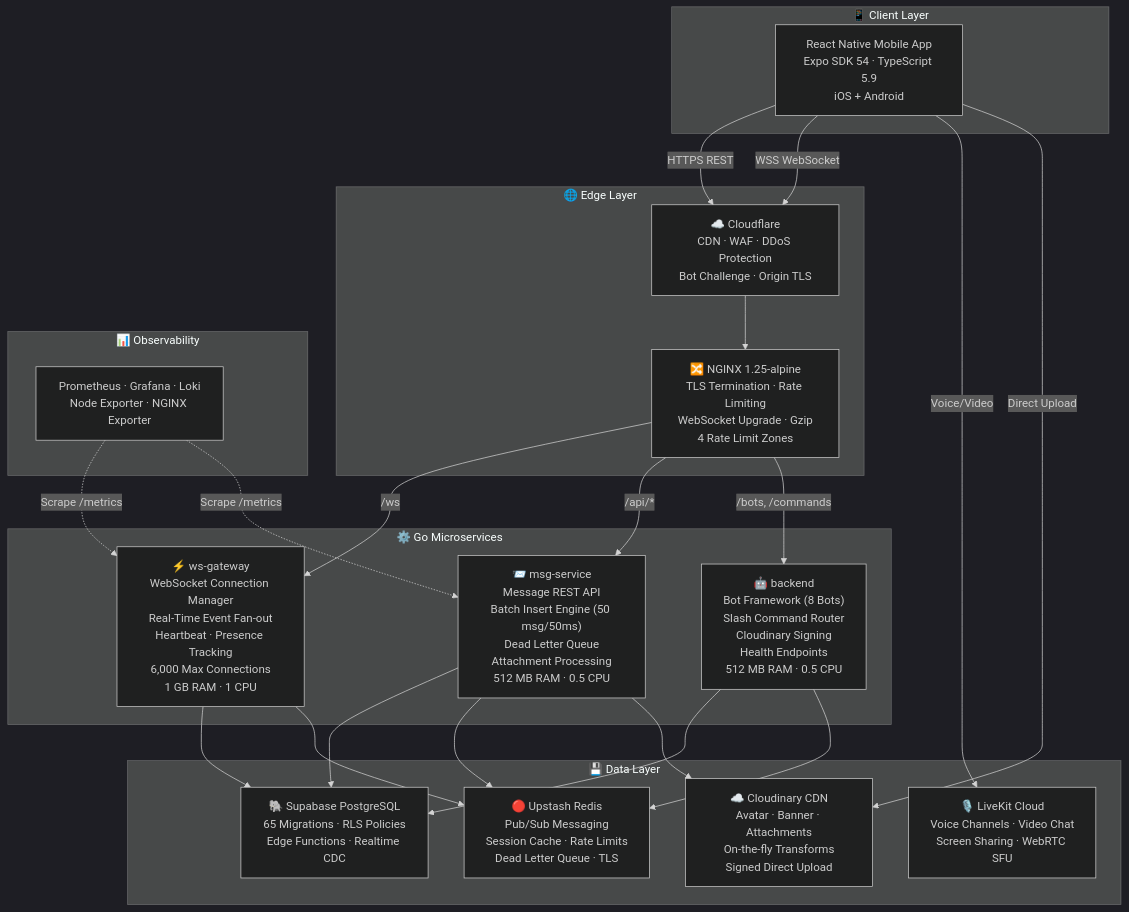
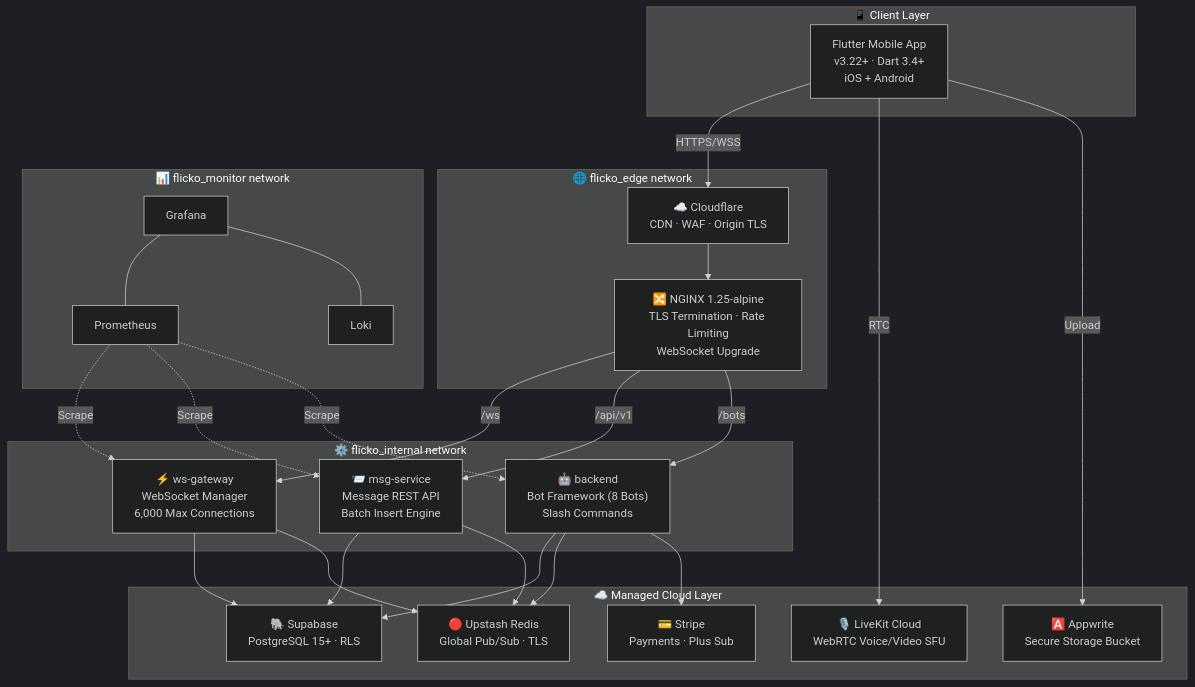
The diagram in README.md (Santosh-Prasad-Verma/Flicko), drawn with Mermaid (dark theme) before and after one commit. The commit also changed other lines of this file and 3075 other files, not shown here.

First line of the commit message:
feat: add mail-gateway service with SMTP support and welcome emails

````diff
--- a/README.md
+++ b/README.md
@@ -85,41 +87,43 @@
 ```mermaid
 graph TB
     subgraph Client["📱 Client Layer"]
-        APP["React Native Mobile App<br/>Expo SDK 54 · TypeScript 5.9<br/>iOS + Android"]
+        APP["Flutter Mobile App<br/>v3.22+ · Dart 3.4+<br/>iOS + Android"]
     end
 
-    subgraph Edge["🌐 Edge Layer"]
-        CF["☁️ Cloudflare<br/>CDN · WAF · DDoS Protection<br/>Bot Challenge · Origin TLS"]
-        NGX["🔀 NGINX 1.25-alpine<br/>TLS Termination · Rate Limiting<br/>WebSocket Upgrade · Gzip<br/>4 Rate Limit Zones"]
+    subgraph Edge["🌐 flicko_edge network"]
+        CF["☁️ Cloudflare<br/>CDN · WAF · Origin TLS"]
+        NGX["🔀 NGINX 1.25-alpine<br/>TLS Termination · Rate Limiting<br/>WebSocket Upgrade"]
     end
 
-    subgraph Services["⚙️ Go Microservices"]
-        WS["⚡ ws-gateway<br/>WebSocket Connection Manager<br/>Real-Time Event Fan-out<br/>Heartbeat · Presence Tracking<br/>6,000 Max Connections<br/>1 GB RAM · 1 CPU"]
-        MSG["📨 msg-service<br/>Message REST API<br/>Batch Insert Engine (50 msg/50ms)<br/>Dead Letter Queue<br/>Attachment Processing<br/>512 MB RAM · 0.5 CPU"]
-        BE["🤖 backend<br/>Bot Framework (8 Bots)<br/>Slash Command Router<br/>Cloudinary Signing<br/>Health Endpoints<br/>512 MB RAM · 0.5 CPU"]
+    subgraph Internal["⚙️ flicko_internal network"]
+        WS["⚡ ws-gateway<br/>WebSocket Manager<br/>6,000 Max Connections"]
+        MSG["📨 msg-service<br/>Message REST API<br/>Batch Insert Engine"]
+        BE["🤖 backend<br/>Bot Framework (8 Bots)<br/>Slash Commands"]
     end
 
-    subgraph Data["💾 Data Layer"]
-        DB["🐘 Supabase PostgreSQL<br/>65 Migrations · RLS Policies<br/>Edge Functions · Realtime CDC"]
-        REDIS["🔴 Upstash Redis<br/>Pub/Sub Messaging<br/>Session Cache · Rate Limits<br/>Dead Letter Queue · TLS"]
-        CLOUD["☁️ Cloudinary CDN<br/>Avatar · Banner · Attachments<br/>On-the-fly Transforms<br/>Signed Direct Upload"]
-        LK["🎙️ LiveKit Cloud<br/>Voice Channels · Video Chat<br/>Screen Sharing · WebRTC SFU"]
+    subgraph CloudServices["☁️ Managed Cloud Layer"]
+        DB["🐘 Supabase<br/>PostgreSQL 15+ · RLS"]
+        REDIS["🔴 Upstash Redis<br/>Global Pub/Sub · TLS"]
+        AW["🅰️ Appwrite<br/>Secure Storage Bucket"]
+        LK["🎙️ LiveKit Cloud<br/>WebRTC Voice/Video SFU"]
+        STRIPE["💳 Stripe<br/>Payments · Plus Sub"]
     end
 
-    subgraph Monitor["📊 Observability"]
-        PROM["Prometheus · Grafana · Loki<br/>Node Exporter · NGINX Exporter"]
+    subgraph Monitor["📊 flicko_monitor network"]
+        PROM["Prometheus"]
+        GRAF["Grafana"]
+        LOKI["Loki"]
     end
 
-    APP -->|HTTPS REST| CF
-    APP -->|WSS WebSocket| CF
-    APP -->|Voice/Video| LK
-    APP -->|Direct Upload| CLOUD
+    APP -->|HTTPS/WSS| CF
+    APP -->|RTC| LK
+    APP -->|Upload| AW
     CF --> NGX
     NGX -->|/ws| WS
-    NGX -->|/api/*| MSG
-    NGX -->|/bots, /commands| BE
-    WS --> DB & REDIS
-    MSG --> DB & REDIS & CLOUD
-    BE --> DB & REDIS
-    PROM -.->|Scrape /metrics| WS & MSG
+    NGX -->|/api/v1| MSG
+    NGX -->|/bots| BE
+    WS & MSG & BE --> DB & REDIS
+    BE --> STRIPE
+    PROM -.->|Scrape| WS & MSG & BE
+    GRAF --- PROM & LOKI
 ```
````
